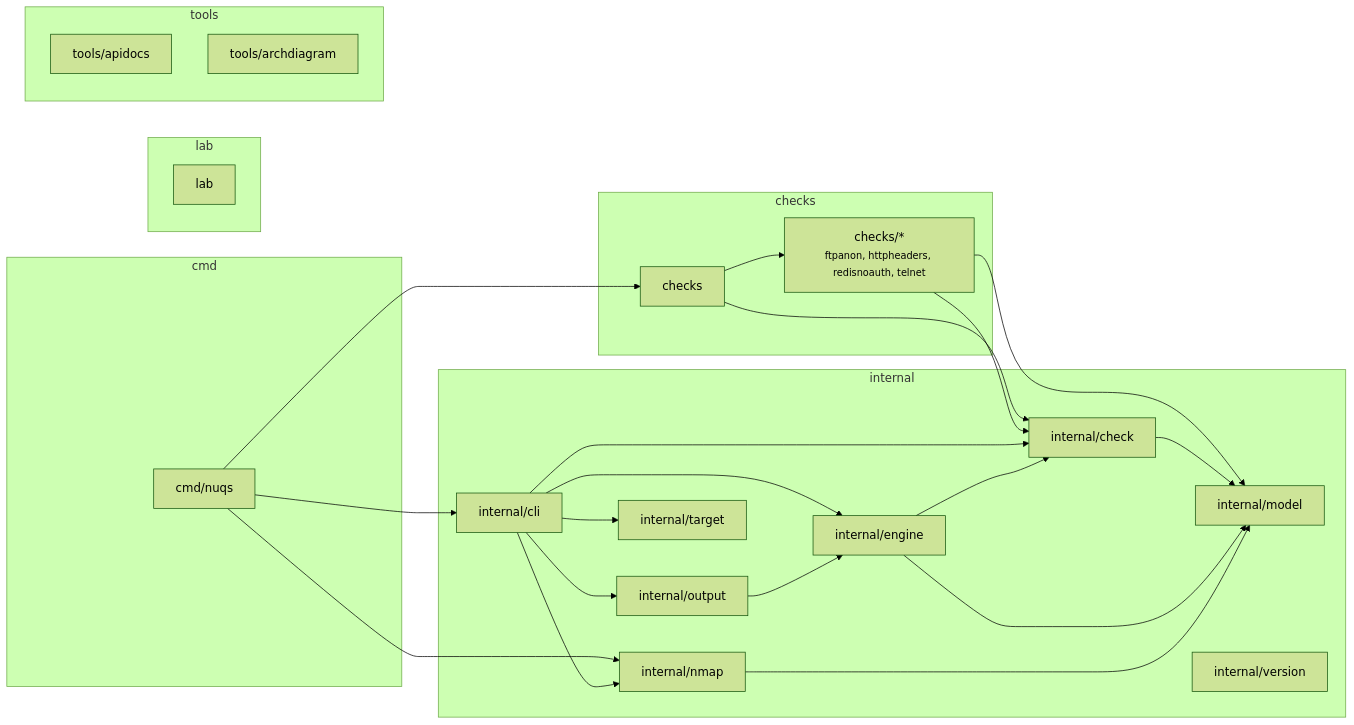
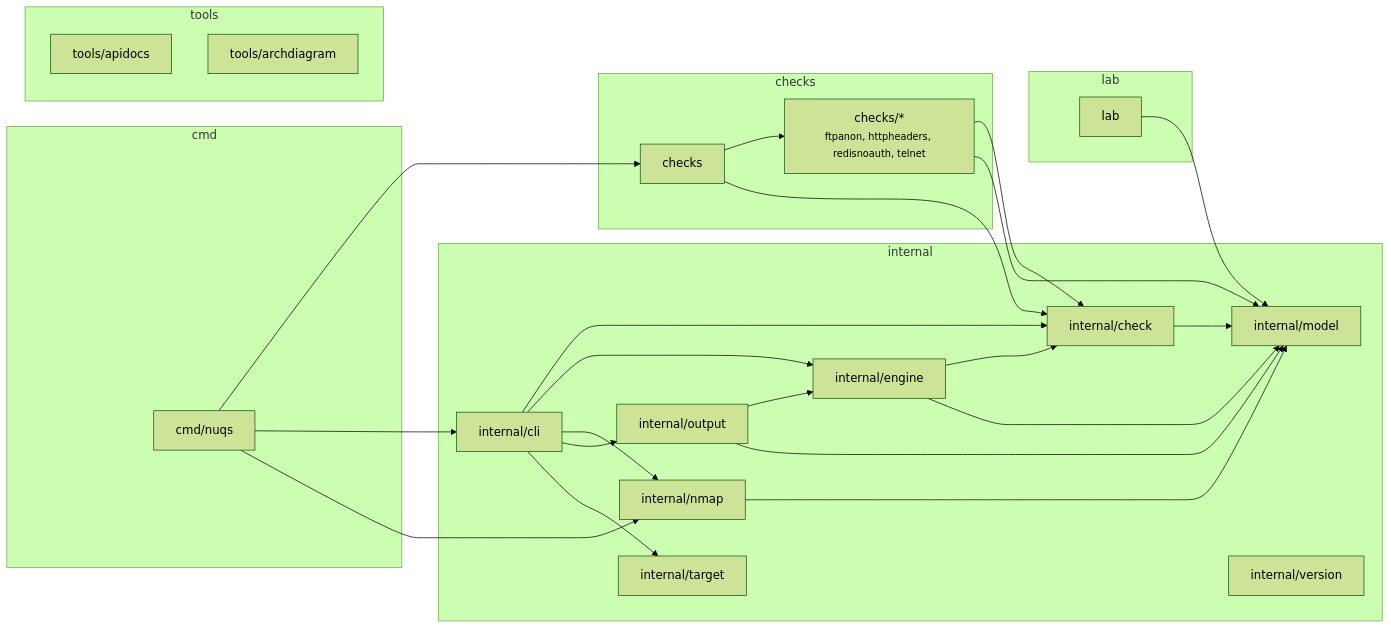
Before and after one commit to 92meharali/nuqs: the diagram in docs/architecture.md, drawn with Mermaid (forest theme). The commit also changed other lines of this file, not shown here.

Commit message:
update architecture diagram

````diff
--- a/docs/architecture.md
+++ b/docs/architecture.md
@@ -10,44 +10,46 @@
 ```mermaid
 flowchart LR
   subgraph n_g_checks ["checks"]
     n_checks["checks"]
     n_checks__["checks/*<br/><small>ftpanon, httpheaders, redisnoauth, telnet</small>"]
   end
   subgraph n_g_cmd ["cmd"]
     n_cmd_nuqs["cmd/nuqs"]
   end
   subgraph n_g_internal ["internal"]
     n_internal_check["internal/check"]
     n_internal_cli["internal/cli"]
     n_internal_engine["internal/engine"]
     n_internal_model["internal/model"]
     n_internal_nmap["internal/nmap"]
     n_internal_output["internal/output"]
     n_internal_target["internal/target"]
     n_internal_version["internal/version"]
   end
   subgraph n_g_lab ["lab"]
     n_lab["lab"]
   end
   subgraph n_g_tools ["tools"]
     n_tools_apidocs["tools/apidocs"]
     n_tools_archdiagram["tools/archdiagram"]
   end
   n_checks --> n_checks__
   n_checks --> n_internal_check
   n_checks__ --> n_internal_check
   n_checks__ --> n_internal_model
   n_cmd_nuqs --> n_checks
   n_cmd_nuqs --> n_internal_cli
   n_cmd_nuqs --> n_internal_nmap
   n_internal_check --> n_internal_model
   n_internal_cli --> n_internal_check
   n_internal_cli --> n_internal_engine
   n_internal_cli --> n_internal_nmap
   n_internal_cli --> n_internal_output
   n_internal_cli --> n_internal_target
   n_internal_engine --> n_internal_check
   n_internal_engine --> n_internal_model
   n_internal_nmap --> n_internal_model
   n_internal_output --> n_internal_engine
+  n_internal_output --> n_internal_model
+  n_lab --> n_internal_model
 ```
````
